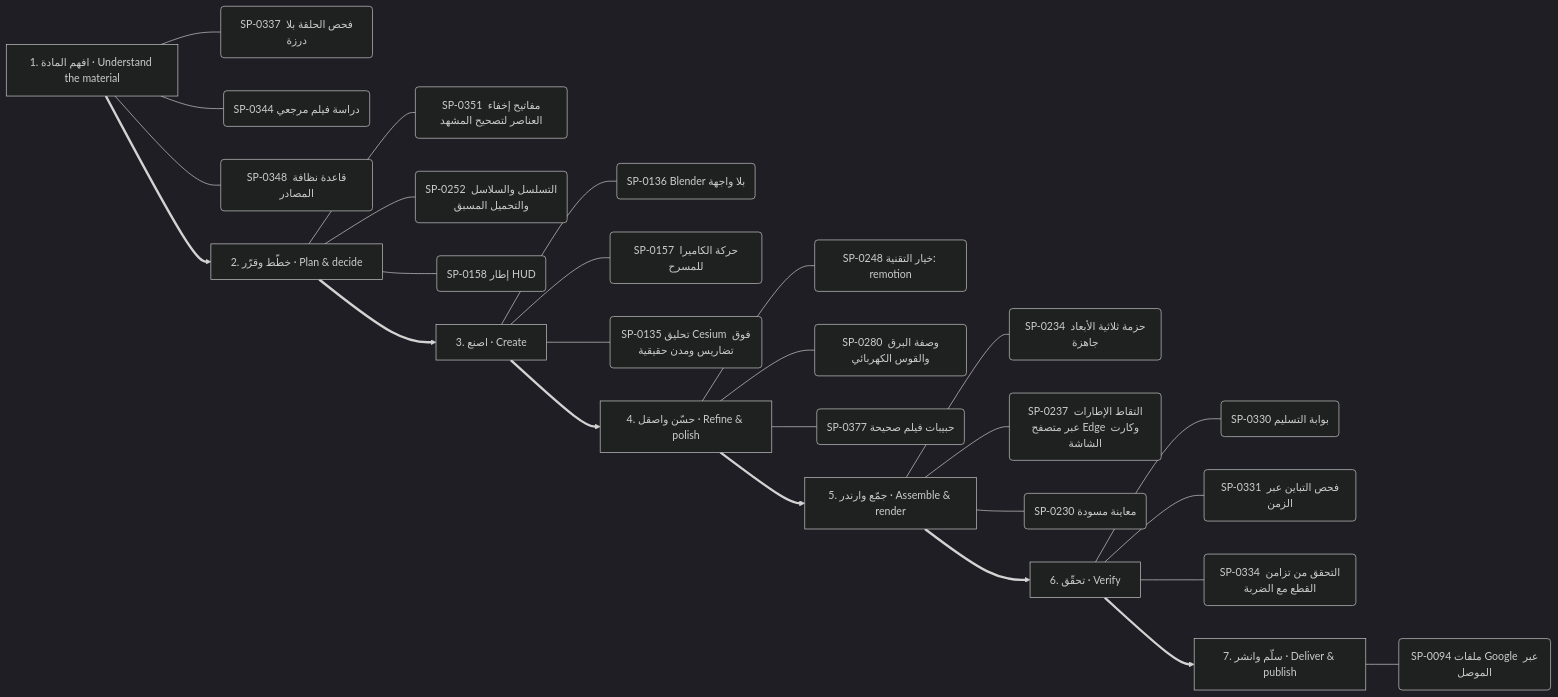
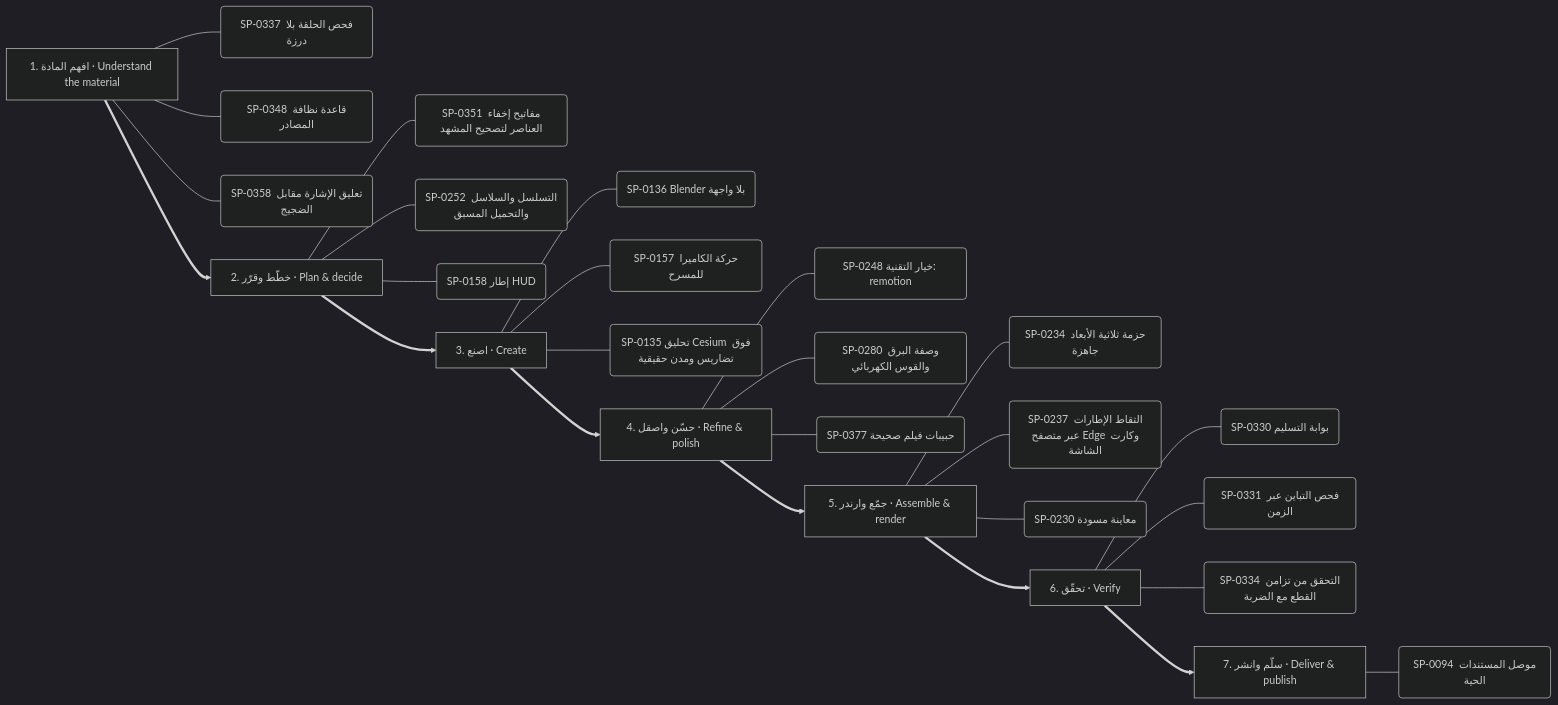
One commit to kosif199022-jpg/kosif-tool changed the eighth of 13 diagrams in .claude/skills/kosif-superpowers/references/capability-mindmap.md. Above: the diagram before and after it, drawn with Mermaid (dark theme). The commit also changed other lines of this file and 28 other files, not shown here.

````diff
--- a/.claude/skills/kosif-superpowers/references/capability-mindmap.md
+++ b/.claude/skills/kosif-superpowers/references/capability-mindmap.md
@@ -407,35 +407,35 @@
 ```mermaid
 flowchart LR
   S0["1. افهم المادة · Understand the material"]
   S0 --- S0_0("SP-0337 فحص الحلقة بلا درزة")
-  S0 --- S0_1("SP-0344 دراسة فيلم مرجعي")
-  S0 --- S0_2("SP-0348 قاعدة نظافة المصادر")
+  S0 --- S0_1("SP-0348 قاعدة نظافة المصادر")
+  S0 --- S0_2("SP-0358 تعليق الإشارة مقابل الضجيج")
   S1["2. خطّط وقرّر · Plan & decide"]
   S1 --- S1_0("SP-0351 مفاتيح إخفاء العناصر لتصحيح المشهد")
   S1 --- S1_1("SP-0252 التسلسل والسلاسل والتحميل المسبق")
   S1 --- S1_2("SP-0158 إطار HUD")
   S0 ==> S1
   S2["3. اصنع · Create"]
   S2 --- S2_0("SP-0136 Blender بلا واجهة")
   S2 --- S2_1("SP-0157 حركة الكاميرا للمسرح")
   S2 --- S2_2("SP-0135 تحليق Cesium فوق تضاريس ومدن حقيقية")
   S1 ==> S2
   S3["4. حسّن واصقل · Refine & polish"]
   S3 --- S3_0("SP-0248 خيار التقنية: remotion")
   S3 --- S3_1("SP-0280 وصفة البرق والقوس الكهربائي")
   S3 --- S3_2("SP-0377 حبيبات فيلم صحيحة")
   S2 ==> S3
   S4["5. جمّع وارندر · Assemble & render"]
   S4 --- S4_0("SP-0234 حزمة ثلاثية الأبعاد جاهزة")
   S4 --- S4_1("SP-0237 التقاط الإطارات عبر متصفح Edge وكارت الشاشة")
   S4 --- S4_2("SP-0230 معاينة مسودة")
   S3 ==> S4
   S5["6. تحقّق · Verify"]
   S5 --- S5_0("SP-0330 بوابة التسليم")
   S5 --- S5_1("SP-0331 فحص التباين عبر الزمن")
   S5 --- S5_2("SP-0334 التحقق من تزامن القطع مع الضربة")
   S4 ==> S5
   S6["7. سلّم وانشر · Deliver & publish"]
-  S6 --- S6_0("SP-0094 ملفات Google عبر الموصل")
+  S6 --- S6_0("SP-0094 موصل المستندات الحية")
   S5 ==> S6
 ```
````
